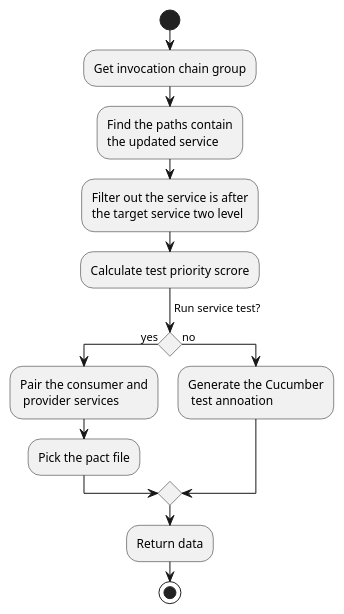
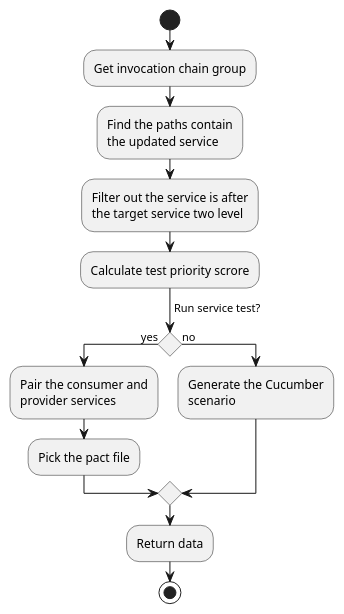
The diagram in diagram/regression.puml (b4456609/mgp-back), drawn with PlantUML before and after one commit. The commit also changed 5 other files, not shown here.

```diff
--- a/diagram/regression.puml
+++ b/diagram/regression.puml
@@ -1,17 +1,17 @@
 @startuml
-'scale 1.5
+'scale 2
 start
 :Get invocation chain group;
 :Find the paths contain\nthe updated service;
 :Filter out the service is after\nthe target service two level;
 :Calculate test priority scrore;
 ->Run service test?;
 if() then (yes)
-    :Pair the consumer and\n provider services;
+    :Pair the consumer and\nprovider services;
     :Pick the pact file;
 else (no)
-    :Generate the Cucumber\n test annoation;
+    :Generate the Cucumber\nscenario;
 endif
 :Return data;
 stop
 @enduml
```
